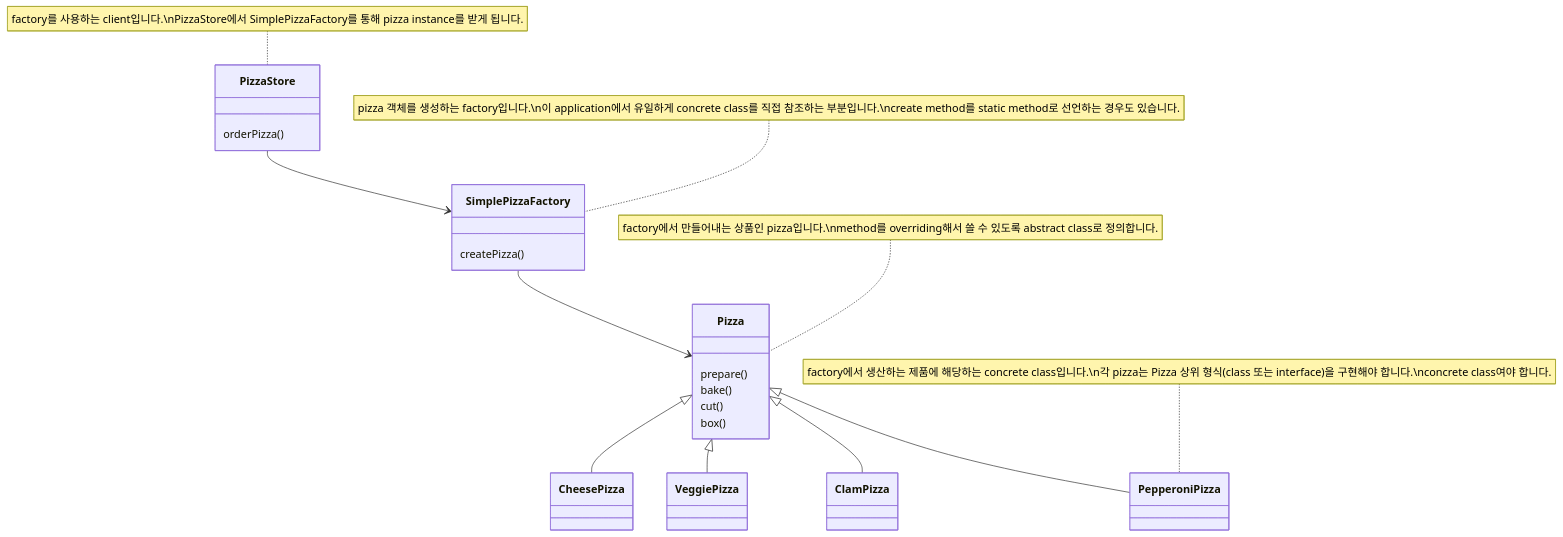
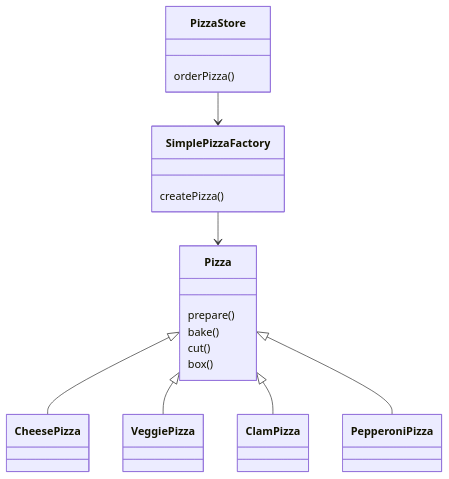
Before and after one commit to choesimin/choesimin.github.io: the diagram in collections/_notes/software-design/design-pattern/factory-pattern/index.md, drawn with Mermaid. The commit also changed other lines of this file, not shown here.

````diff
--- a/collections/_notes/software-design/design-pattern/factory-pattern/index.md
+++ b/collections/_notes/software-design/design-pattern/factory-pattern/index.md
@@ -57,36 +50,31 @@
 ```mermaid
 classDiagram
 
 class PizzaStore {
     orderPizza()
 }
 
 class SimplePizzaFactory {
     createPizza()
 }
 
 class Pizza {
     prepare()
     bake()
     cut()
     box()
 }
 
 class CheesePizza
 class VeggiePizza
 class ClamPizza
 class PepperoniPizza
 
 PizzaStore --> SimplePizzaFactory
 SimplePizzaFactory --> Pizza
 
 Pizza <|-- CheesePizza
 Pizza <|-- VeggiePizza
 Pizza <|-- ClamPizza
 Pizza <|-- PepperoniPizza
-
-note for PizzaStore "factory를 사용하는 client입니다.\nPizzaStore에서 SimplePizzaFactory를 통해 pizza instance를 받게 됩니다."
-note for SimplePizzaFactory "pizza 객체를 생성하는 factory입니다.\n이 application에서 유일하게 concrete class를 직접 참조하는 부분입니다.\ncreate method를 static method로 선언하는 경우도 있습니다."
-note for Pizza "factory에서 만들어내는 상품인 pizza입니다.\nmethod를 overriding해서 쓸 수 있도록 abstract class로 정의합니다."
-note for PepperoniPizza "factory에서 생산하는 제품에 해당하는 concrete class입니다.\n각 pizza는 Pizza 상위 형식(class 또는 interface)을 구현해야 합니다.\nconcrete class여야 합니다."
 ```
````
